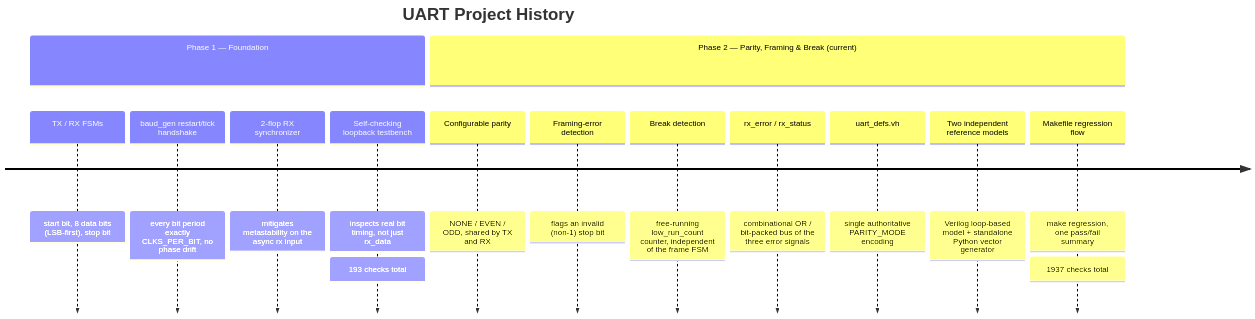
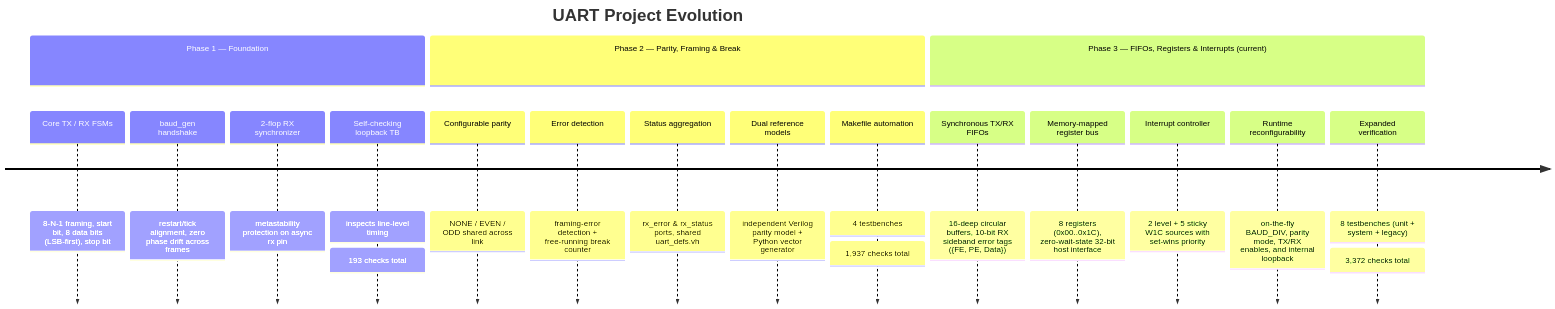
One commit to TharinduHimantha/8-bit-UART-Communication-System-in-Verilog-HDL changed the fifth of 5 diagrams in README.md. Above: the diagram before and after it, drawn with Mermaid. The commit also changed other lines of this file and 54 other files, not shown here.

````diff
--- a/README.md
+++ b/README.md
@@ -356,17 +349,21 @@
 ```mermaid
 timeline
-    title UART Project History
+    title UART Project Evolution
     section Phase 1 — Foundation
-        TX / RX FSMs : start bit, 8 data bits (LSB-first), stop bit
-        baud_gen restart/tick handshake : every bit period exactly CLKS_PER_BIT, no phase drift
-        2-flop RX synchronizer : mitigates metastability on the async rx input
-        Self-checking loopback testbench : inspects real bit timing, not just rx_data : 193 checks total
-    section Phase 2 — Parity, Framing & Break (current)
-        Configurable parity : NONE / EVEN / ODD, shared by TX and RX
-        Framing-error detection : flags an invalid (non-1) stop bit
-        Break detection : free-running low_run_count counter, independent of the frame FSM
-        rx_error / rx_status : combinational OR / bit-packed bus of the three error signals
-        uart_defs.vh : single authoritative PARITY_MODE encoding
-        Two independent reference models : Verilog loop-based model + standalone Python vector generator
-        Makefile regression flow : make regression, one pass/fail summary : 1937 checks total
+        Core TX / RX FSMs : 8-N-1 framing, start bit, 8 data bits (LSB-first), stop bit
+        baud_gen handshake : restart/tick alignment, zero phase drift across frames
+        2-flop RX synchronizer : metastability protection on async rx pin
+        Self-checking loopback TB : inspects line-level timing : 193 checks total
+    section Phase 2 — Parity, Framing & Break
+        Configurable parity : NONE / EVEN / ODD shared across link
+        Error detection : framing-error detection + free-running break counter
+        Status aggregation : rx_error & rx_status ports, shared uart_defs.vh
+        Dual reference models : independent Verilog parity model + Python vector generator
+        Makefile automation : 4 testbenches : 1,937 checks total
+    section Phase 3 — FIFOs, Registers & Interrupts (current)
+        Synchronous TX/RX FIFOs : 16-deep circular buffers, 10-bit RX sideband error tags ({FE, PE, Data})
+        Memory-mapped register bus : 8 registers (0x00..0x1C), zero-wait-state 32-bit host interface
+        Interrupt controller : 2 level + 5 sticky W1C sources with set-wins priority
+        Runtime reconfigurability : on-the-fly BAUD_DIV, parity mode, TX/RX enables, and internal loopback
+        Expanded verification : 8 testbenches (unit + system + legacy) : 3,372 checks total
 ```
````
